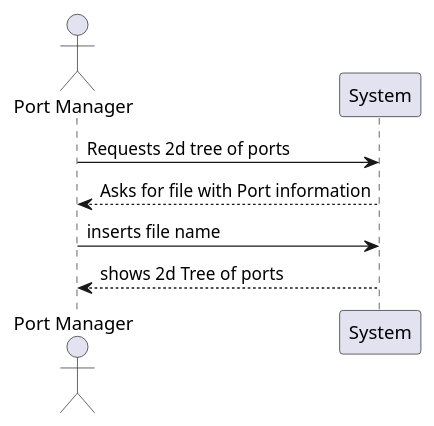
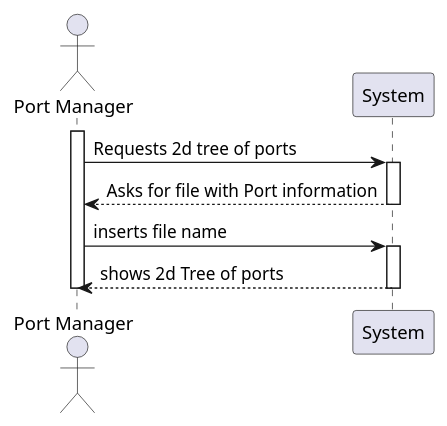
One commit to mpoboas/lapr3-2021-g102 changed the diagram in docs/Sprint2/US201/ssd.puml. Above: the diagram before and after it, drawn with PlantUML. The commit also changed 3 other files, not shown here.

```diff
--- a/docs/Sprint2/US201/ssd.puml
+++ b/docs/Sprint2/US201/ssd.puml
@@ -1,8 +1,14 @@
 @startuml
 actor "Port Manager" as Pman
 participant System as sys
+activate Pman
 Pman -> sys : Requests 2d tree of ports
+activate sys
 sys -->Pman : Asks for file with Port information
+deactivate sys
 Pman -> sys :inserts file name
+activate sys
 sys --> Pman :shows 2d Tree of ports
+deactivate sys
+deactivate Pman
 @enduml
```
